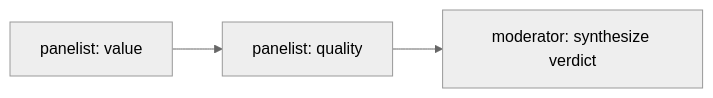
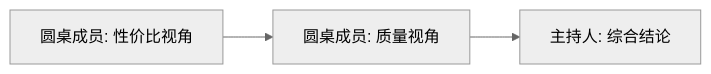
One commit to s1encisi/reliable-commerce-agents changed the diagram in tutorials/22-group-chat-debate/README.md. Above: the diagram before and after it, drawn with Mermaid (neutral theme). The commit also changed other lines of this file and 1033 other files, not shown here.

````diff
--- a/tutorials/22-group-chat-debate/README.md
+++ b/tutorials/22-group-chat-debate/README.md
@@ -40,5 +21,5 @@
 ```mermaid
 flowchart LR
-    V[panelist: value] --> Q[panelist: quality]
-    Q --> MOD[moderator: synthesize verdict]
+    V[圆桌成员: 性价比视角] --> Q[圆桌成员: 质量视角]
+    Q --> MOD[主持人: 综合结论]
 ```
````
